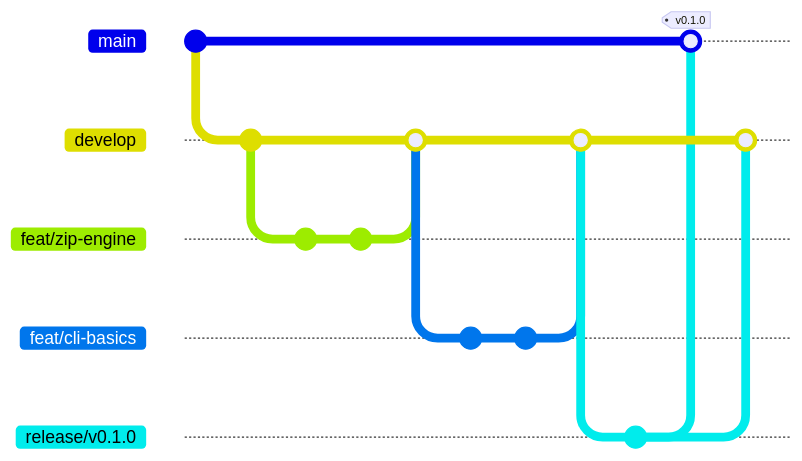
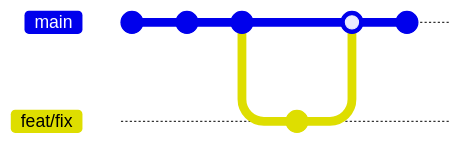
One commit to marcelofrau/arcana changed the diagram in docs/BRANCH_STRATEGY.md. Above: the diagram before and after it, drawn with Mermaid. The commit also changed other lines of this file and 19 other files, not shown here. Commit ids are hidden.

Commit message:
docs: rewrite full documentation suite (architecture, specs, roadmap, API, security, README)

````diff
--- a/docs/BRANCH_STRATEGY.md
+++ b/docs/BRANCH_STRATEGY.md
@@ -5,26 +7,12 @@
 ```mermaid
 gitGraph
     commit
-    branch develop
-    checkout develop
-    commit id: "init"
-    branch feat/zip-engine
-    checkout feat/zip-engine
-    commit id: "core: zip r/w"
-    commit id: "test: zip unit tests"
-    checkout develop
-    merge feat/zip-engine
-    branch feat/cli-basics
-    checkout feat/cli-basics
-    commit id: "cli: compress cmd"
-    commit id: "cli: extract cmd"
-    checkout develop
-    merge feat/cli-basics
-    branch release/v0.1.0
-    checkout release/v0.1.0
-    commit id: "bump v0.1.0"
+    commit id: "core + cli"
+    commit id: "gui shell"
+    branch feat/fix
+    checkout feat/fix
+    commit id: "feature work"
     checkout main
-    merge release/v0.1.0 tag: "v0.1.0"
-    checkout develop
-    merge release/v0.1.0
+    merge feat/fix
+    commit id: "docs"
 ```
````
